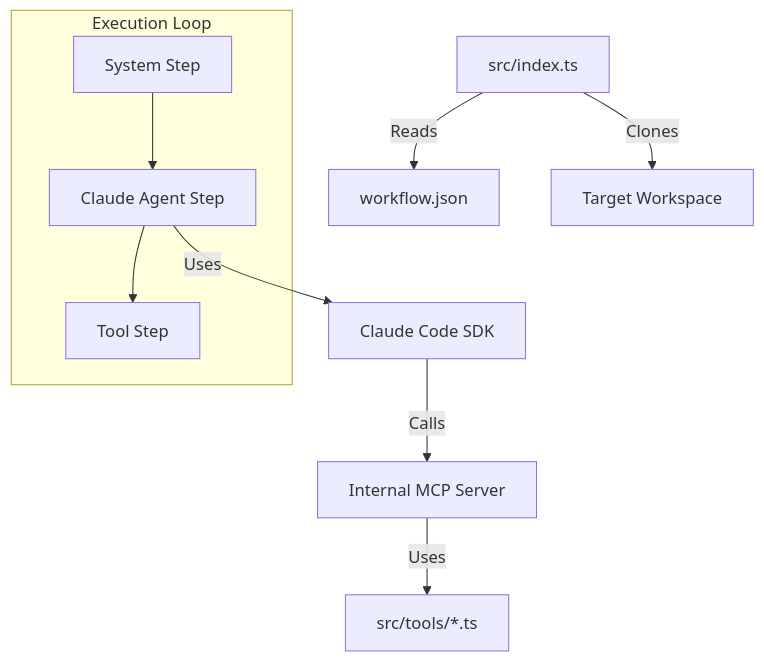
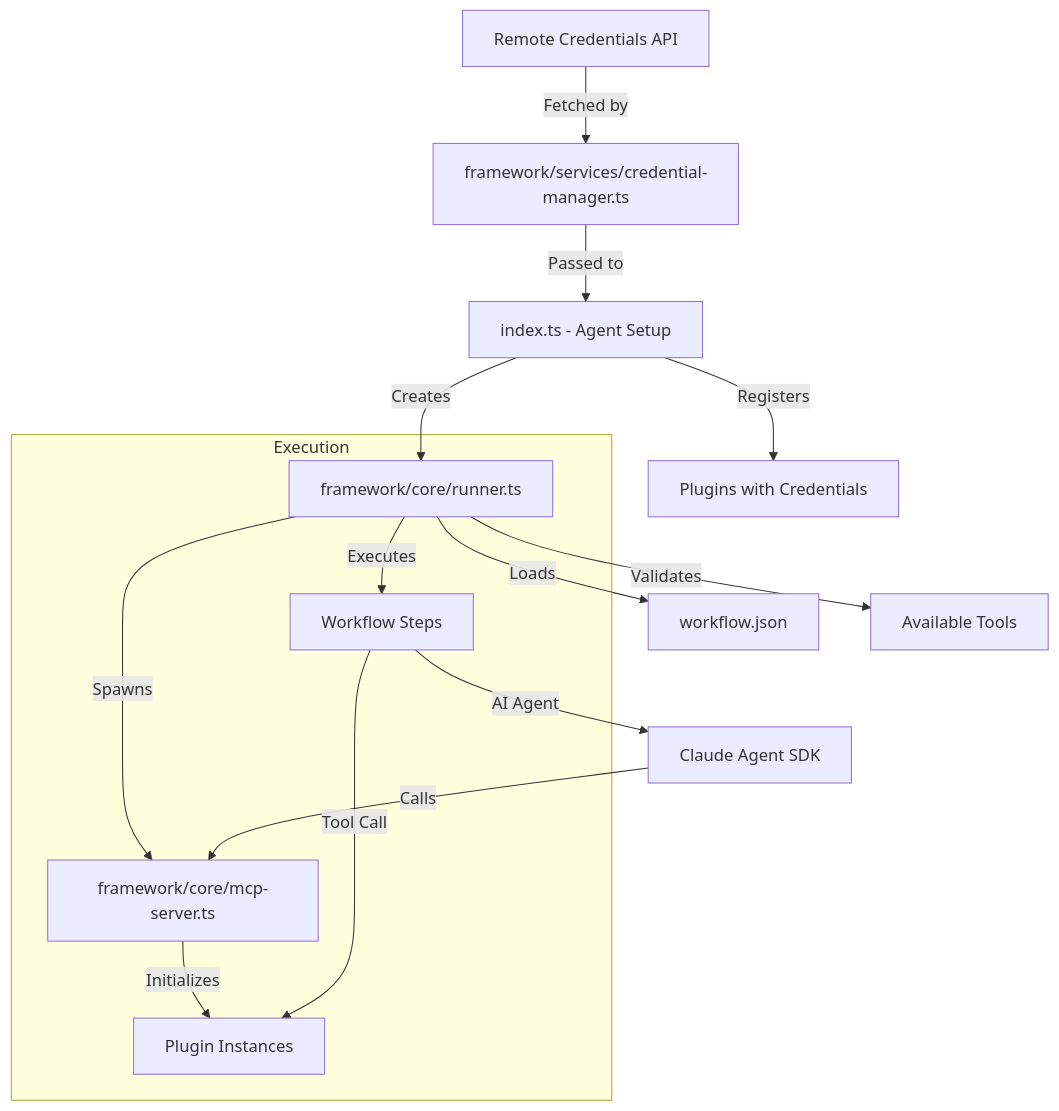
Before and after one commit to build0-ai/agent-template-pr-reviewer: the diagram in AGENTS.md, drawn with Mermaid. The commit also changed other lines of this file and 23 other files, not shown here.

````diff
--- a/AGENTS.md
+++ b/AGENTS.md
@@ -15,14 +17,20 @@
 ```mermaid
 graph TD
-    Runner[src/index.ts] -->|Reads| Workflow[workflow.json]
-    Runner -->|Clones| TargetRepo[Target Workspace]
-    
-    subgraph "Execution Loop"
-        Step1[System Step] --> Step2[Claude Agent Step]
-        Step2 --> Step3[Tool Step]
+    Index[index.ts - Agent Setup] -->|Registers| Plugins[Plugins with Credentials]
+    Index -->|Creates| Runner[framework/core/runner.ts]
+    Runner -->|Loads| Workflow[workflow.json]
+    Runner -->|Validates| Tools[Available Tools]
+
+    subgraph "Execution"
+        Runner -->|Spawns| MCP[framework/core/mcp-server.ts]
+        MCP -->|Initializes| PluginInstances[Plugin Instances]
+        Runner -->|Executes| Steps[Workflow Steps]
     end
-    
-    Step2 -->|Uses| ClaudeSDK[Claude Code SDK]
-    ClaudeSDK -->|Calls| MCP[Internal MCP Server]
-    MCP -->|Uses| Plugins[src/tools/*.ts]
+
+    Steps -->|AI Agent| Claude[Claude Agent SDK]
+    Claude -->|Calls| MCP
+    Steps -->|Tool Call| PluginInstances
+
+    Credentials[Remote Credentials API] -->|Fetched by| CredManager[framework/services/credential-manager.ts]
+    CredManager -->|Passed to| Index
 ```
````
